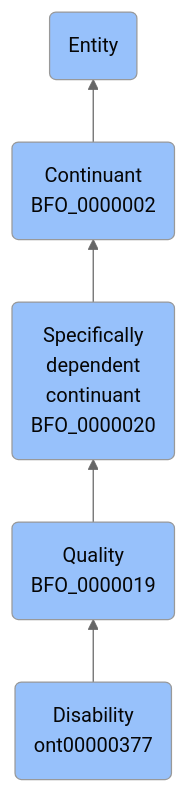
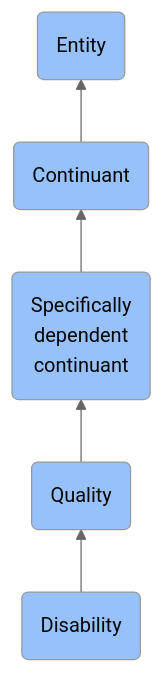
The diagram in docs/ontology/reference/model/Entity/Continuant/Specifically dependent continuant/Quality/Disability/Disability.md (jupyter-naas/abi), drawn with Mermaid (neutral theme) before and after one commit. The commit also changed other lines of this file and 1430 other files, not shown here.

````diff
--- a/docs/ontology/reference/model/Entity/Continuant/Specifically dependent continuant/Quality/Disability/Disability.md
+++ b/docs/ontology/reference/model/Entity/Continuant/Specifically dependent continuant/Quality/Disability/Disability.md
@@ -24,12 +24,12 @@
 ```mermaid
 graph BT
-    ont00000377(Disability<br>ont00000377):::BFO-->BFO_0000019
-    BFO_0000019(Quality<br>BFO_0000019):::BFO-->BFO_0000020
-    BFO_0000020(Specifically<br>dependent<br>continuant<br>BFO_0000020):::BFO-->BFO_0000002
-    BFO_0000002(Continuant<br>BFO_0000002):::BFO-->BFO_0000001
+    ont00000377(Disability):::BFO-->BFO_0000019
+    BFO_0000019(Quality):::BFO-->BFO_0000020
+    BFO_0000020(Specifically<br>dependent<br>continuant):::BFO-->BFO_0000002
+    BFO_0000002(Continuant):::BFO-->BFO_0000001
     BFO_0000001(Entity):::BFO
     
     classDef BFO fill:#97c1fb,color:#060606
     classDef CCO fill:#e4c51e,color:#060606
     classDef ABI fill:#48DD82,color:#060606
 ```
````
